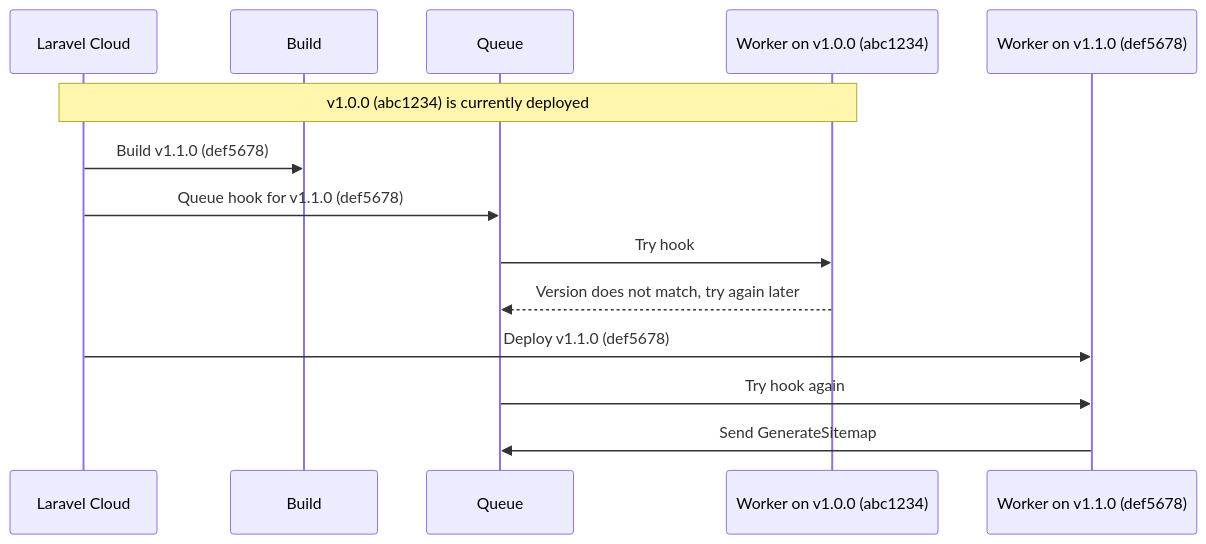
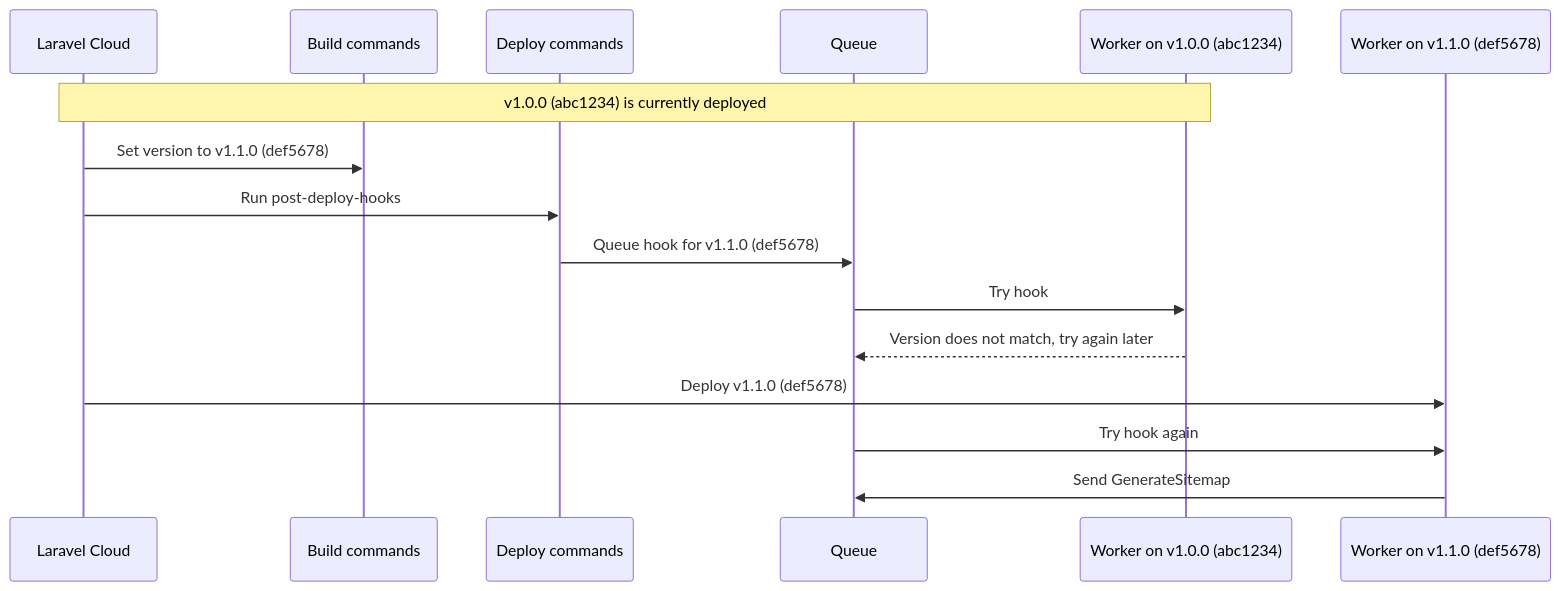
One commit to mathiasgrimm/laravel-post-deploy-hooks changed the diagram in README.md. Above: the diagram before and after it, drawn with Mermaid.

Commit message:
Separate Cloud build and deploy steps in timeline

````diff
--- a/README.md
+++ b/README.md
@@ -92,17 +92,19 @@
 ```mermaid
 sequenceDiagram
     participant Cloud as Laravel Cloud
-    participant Build
+    participant Build as Build commands
+    participant Deploy as Deploy commands
     participant Queue
     participant Old as Worker on v1.0.0 (abc1234)
     participant New as Worker on v1.1.0 (def5678)
 
     Note over Cloud,Old: v1.0.0 (abc1234) is currently deployed
-    Cloud->>Build: Build v1.1.0 (def5678)
-    Cloud->>Queue: Queue hook for v1.1.0 (def5678)
+    Cloud->>Build: Set version to v1.1.0 (def5678)
+    Cloud->>Deploy: Run post-deploy-hooks
+    Deploy->>Queue: Queue hook for v1.1.0 (def5678)
     Queue->>Old: Try hook
     Old-->>Queue: Version does not match, try again later
     Cloud->>New: Deploy v1.1.0 (def5678)
     Queue->>New: Try hook again
     New->>Queue: Send GenerateSitemap
 ```
````
